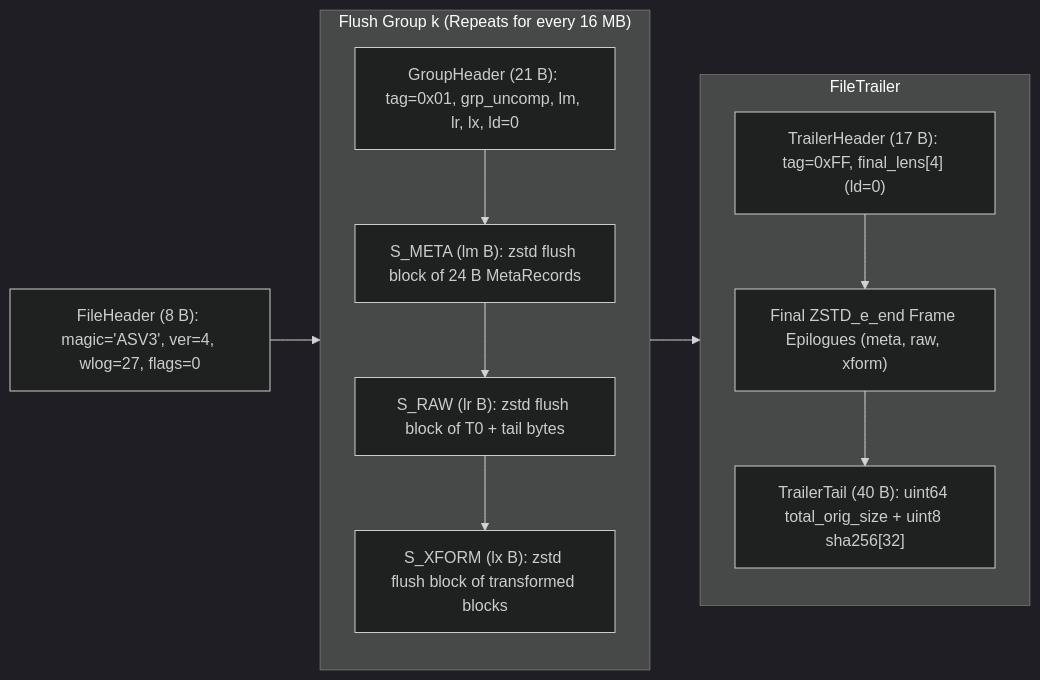
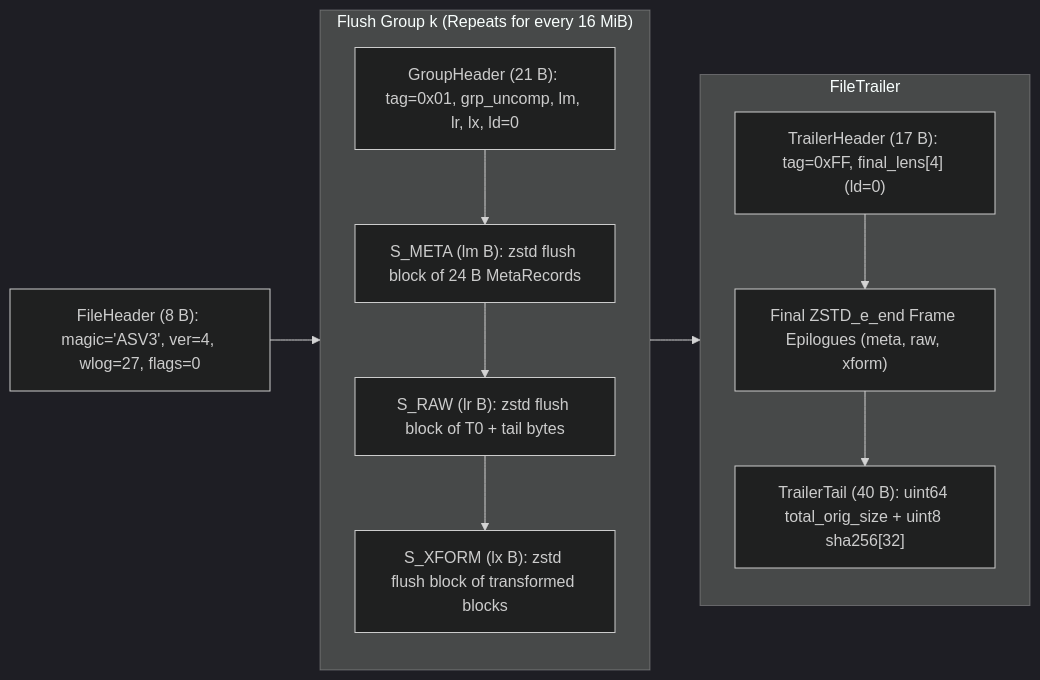
The fourth of 9 diagrams in ARCHITECTURE.md (austinjohnathand-code/asv4-compression), drawn with Mermaid (dark theme) before and after one commit. The commit also changed other lines of this file and 12 other files, not shown here.

````diff
--- a/ARCHITECTURE.md
+++ b/ARCHITECTURE.md
@@ -127,21 +127,21 @@
 ```mermaid
 flowchart LR
     FH["FileHeader (8 B): magic='ASV3', ver=4, wlog=27, flags=0"] --> G1
 
-    subgraph G1["Flush Group k (Repeats for every 16 MB)"]
+    subgraph G1["Flush Group k (Repeats for every 16 MiB)"]
         GH["GroupHeader (21 B): tag=0x01, grp_uncomp, lm, lr, lx, ld=0"]
         PM["S_META (lm B): zstd flush block of 24 B MetaRecords"]
         PR["S_RAW (lr B): zstd flush block of T0 + tail bytes"]
         PX["S_XFORM (lx B): zstd flush block of transformed blocks"]
         GH --> PM --> PR --> PX
     end
 
     G1 --> EOF
 
     subgraph EOF["FileTrailer"]
         TH["TrailerHeader (17 B): tag=0xFF, final_lens[4] (ld=0)"]
         FD["Final ZSTD_e_end Frame Epilogues (meta, raw, xform)"]
         TT["TrailerTail (40 B): uint64 total_orig_size + uint8 sha256[32]"]
         TH --> FD --> TT
     end
 ```
````
